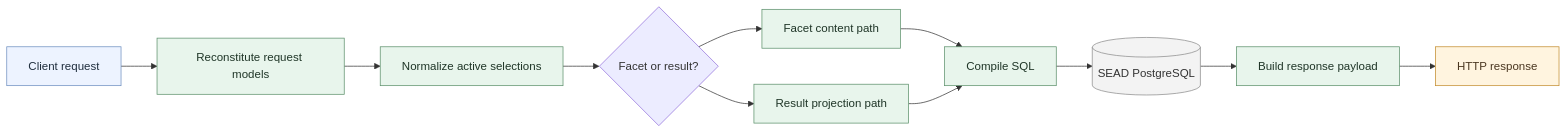
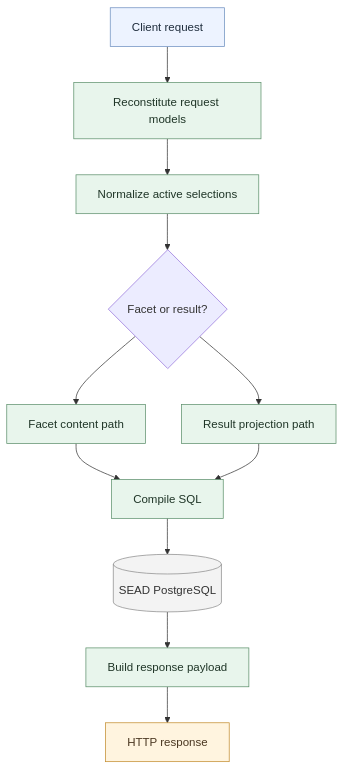
Before and after one commit to humlab-sead/sead_query_api: the second of 12 diagrams in docs/DIAGRAMS.md, drawn with Mermaid. The commit also changed other lines of this file, not shown here.

Commit message:
feat: update architecture diagrams for improved clarity and consistency

````diff
--- a/docs/DIAGRAMS.md
+++ b/docs/DIAGRAMS.md
@@ -52,29 +58,29 @@
 ```mermaid
-flowchart LR
+flowchart TB
     Request[Client request]
     Reconstitute[Reconstitute request models]
     Clean[Normalize active selections]
     Decide{Facet or result?}
     Facet[Facet content path]
     Result[Result projection path]
     Compile[Compile SQL]
     Payload[Build response payload]
     Response[HTTP response]
     Db[(SEAD PostgreSQL)]
 
     Request --> Reconstitute --> Clean --> Decide
     Decide --> Facet --> Compile
     Decide --> Result --> Compile
     Compile --> Db
     Db --> Payload --> Response
 
     classDef input fill:#edf3ff,stroke:#6c8ebf,color:#1f2d3d;
     classDef process fill:#e8f5ec,stroke:#5b8f6a,color:#1f3527;
     classDef store fill:#f3f3f3,stroke:#8a8a8a,color:#333333;
     classDef output fill:#fff4df,stroke:#c28b2c,color:#4a3620;
 
     class Request input;
     class Reconstitute,Clean,Facet,Result,Compile,Payload process;
     class Db store;
     class Response output;
 ```
````
